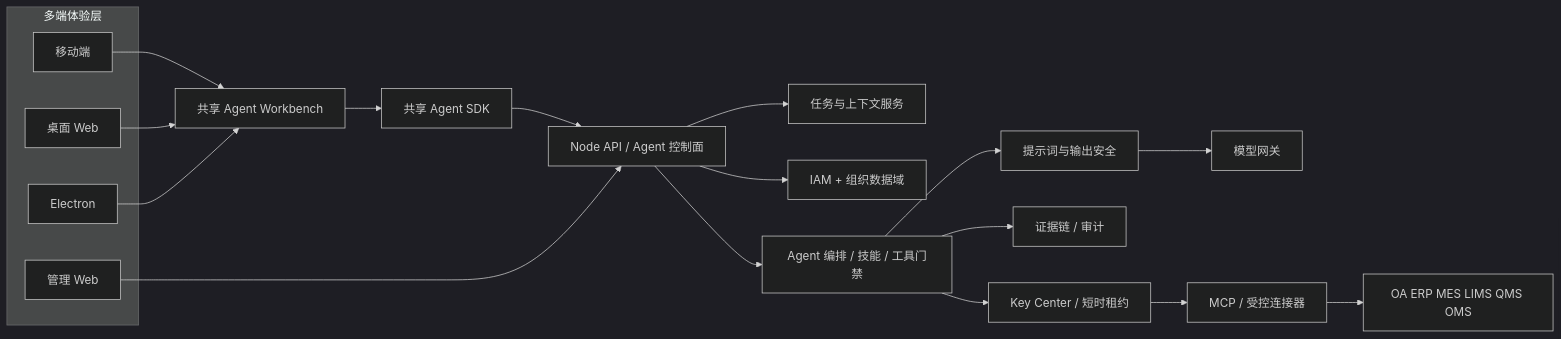
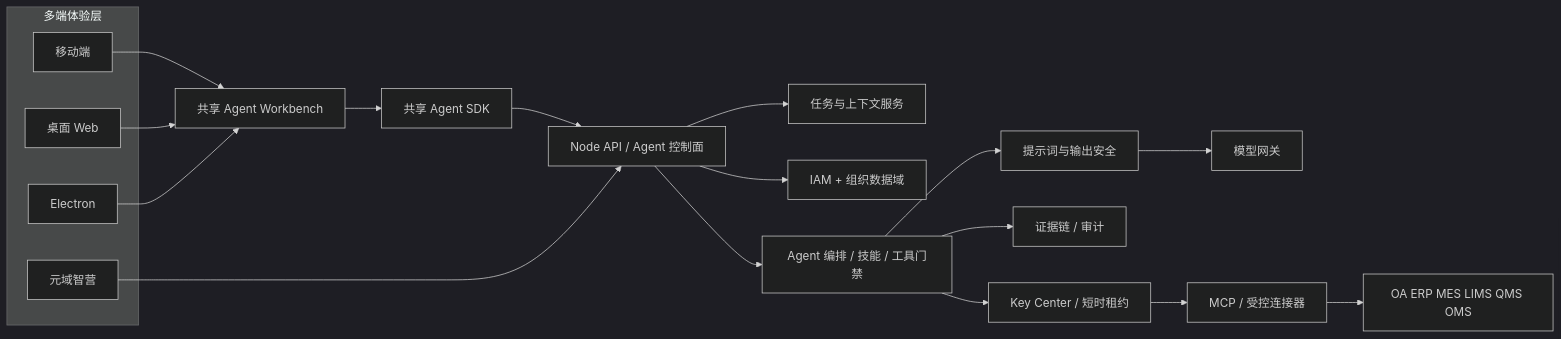
Before and after one commit to shulinw27-web/yuanyu-zhinao: the diagram in docs/architecture/ZHINAO_AGENT_ARCHITECTURE_V2.md, drawn with Mermaid (dark theme). The commit also changed other lines of this file and 145 other files, not shown here.

````diff
--- a/docs/architecture/ZHINAO_AGENT_ARCHITECTURE_V2.md
+++ b/docs/architecture/ZHINAO_AGENT_ARCHITECTURE_V2.md
@@ -45,33 +45,33 @@
 ```mermaid
 flowchart LR
   subgraph Clients[多端体验层]
     Mobile[移动端]
     Web[桌面 Web]
     Electron[Electron]
-    Admin[管理 Web]
+    Admin[元域智营]
   end
   WB[共享 Agent Workbench]
   SDK[共享 Agent SDK]
   API[Node API / Agent 控制面]
   Conv[任务与上下文服务]
   Guard[提示词与输出安全]
   IAM[IAM + 组织数据域]
   Orch[Agent 编排 / 技能 / 工具门禁]
   Trace[证据链 / 审计]
   Model[模型网关]
   KMS[Key Center / 短时租约]
   Connectors[MCP / 受控连接器]
   Systems[OA ERP MES LIMS QMS OMS]
 
   Mobile --> WB
   Web --> WB
   Electron --> WB
   WB --> SDK --> API
   Admin --> API
   API --> Conv
   API --> IAM
   API --> Orch
   Orch --> Guard --> Model
   Orch --> Trace
   Orch --> KMS --> Connectors --> Systems
 ```
````
